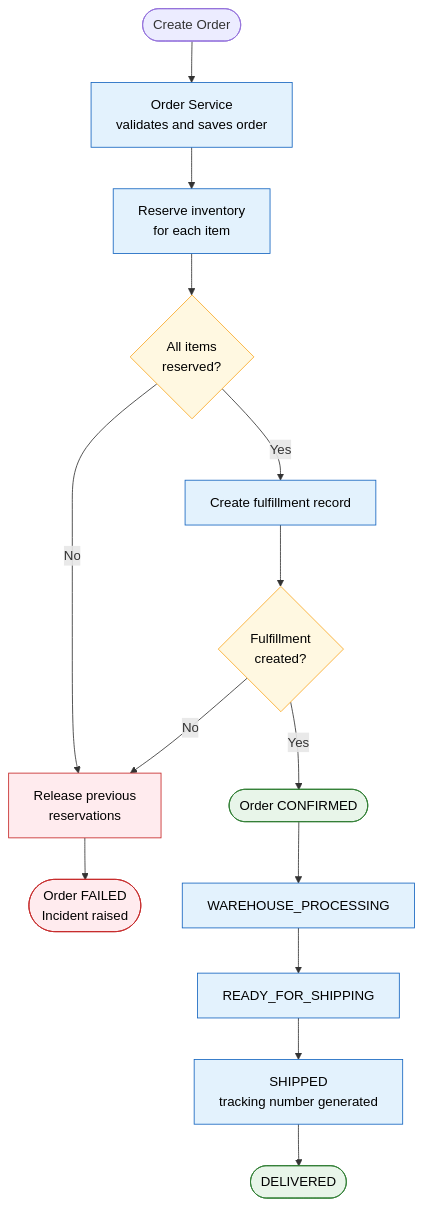
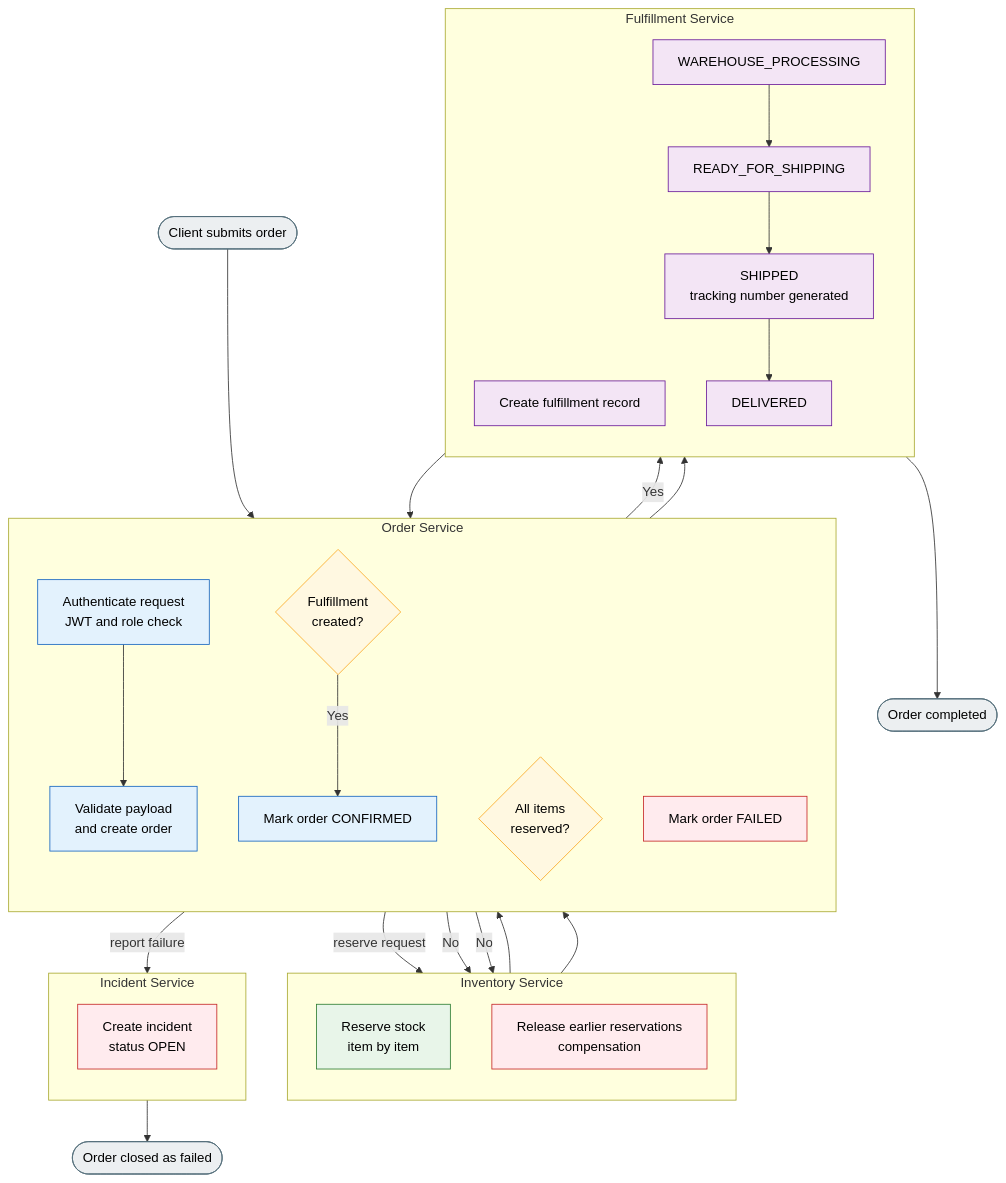
Before and after one commit to ganesh-2212/orderflow-cloud-platform: the second of 7 diagrams in README.md, drawn with Mermaid. The commit also changed other lines of this file, not shown here.

Commit message:
docs: improve project documentation

````diff
--- a/README.md
+++ b/README.md
@@ -99,25 +99,61 @@
 ```mermaid
-flowchart TD
-    A(["Create Order"]) --> B["Order Service<br/>validates and saves order"]
-    B --> C["Reserve inventory<br/>for each item"]
-    C --> D{"All items<br/>reserved?"}
-    D -- No --> R["Release previous<br/>reservations"]
-    R --> F(["Order FAILED<br/>Incident raised"])
-    D -- Yes --> G["Create fulfillment record"]
-    G --> H{"Fulfillment<br/>created?"}
-    H -- No --> R
-    H -- Yes --> I(["Order CONFIRMED"])
-    I --> J["WAREHOUSE_PROCESSING"]
-    J --> K["READY_FOR_SHIPPING"]
-    K --> L["SHIPPED<br/>tracking number generated"]
-    L --> M(["DELIVERED"])
+flowchart TB
+    START(["Client submits order"])
 
-    classDef ok fill:#e8f5e9,stroke:#2e7d32,color:#000
+    subgraph ORDER["Order Service"]
+        direction TB
+        O1["Authenticate request<br/>JWT and role check"]
+        O2["Validate payload<br/>and create order"]
+        O3{"All items<br/>reserved?"}
+        O4{"Fulfillment<br/>created?"}
+        O5["Mark order CONFIRMED"]
+        O6["Mark order FAILED"]
+    end
+
+    subgraph INVENTORY["Inventory Service"]
+        direction TB
+        I1["Reserve stock<br/>item by item"]
+        I2["Release earlier reservations<br/>compensation"]
+    end
+
+    subgraph FULFILLMENT["Fulfillment Service"]
+        direction TB
+        F1["Create fulfillment record"]
+        F2["WAREHOUSE_PROCESSING"]
+        F3["READY_FOR_SHIPPING"]
+        F4["SHIPPED<br/>tracking number generated"]
+        F5["DELIVERED"]
+    end
+
+    subgraph INCIDENT["Incident Service"]
+        direction TB
+        N1["Create incident<br/>status OPEN"]
+    end
+
+    START --> O1 --> O2
+    O2 -->|"reserve request"| I1
+    I1 --> O3
+    O3 -->|"Yes"| F1
+    O3 -->|"No"| I2
+    F1 --> O4
+    O4 -->|"Yes"| O5
+    O4 -->|"No"| I2
+    O5 --> F2 --> F3 --> F4 --> F5
+    I2 --> O6
+    O6 -->|"report failure"| N1
+    F5 --> DONE(["Order completed"])
+    N1 --> FAIL(["Order closed as failed"])
+
+    classDef order fill:#e3f2fd,stroke:#1565c0,color:#000
+    classDef inv fill:#e8f5e9,stroke:#2e7d32,color:#000
+    classDef ful fill:#f3e5f5,stroke:#6a1b9a,color:#000
     classDef bad fill:#ffebee,stroke:#c62828,color:#000
-    classDef step fill:#e3f2fd,stroke:#1565c0,color:#000
     classDef decision fill:#fff8e1,stroke:#f9a825,color:#000
-    class I,M ok
-    class F,R bad
-    class B,C,G,J,K,L step
-    class D,H decision
+    classDef terminal fill:#eceff1,stroke:#546e7a,color:#000
+    class O1,O2,O5 order
+    class I1 inv
+    class F1,F2,F3,F4,F5 ful
+    class O6,I2,N1 bad
+    class O3,O4 decision
+    class START,DONE,FAIL terminal
 ```
````
